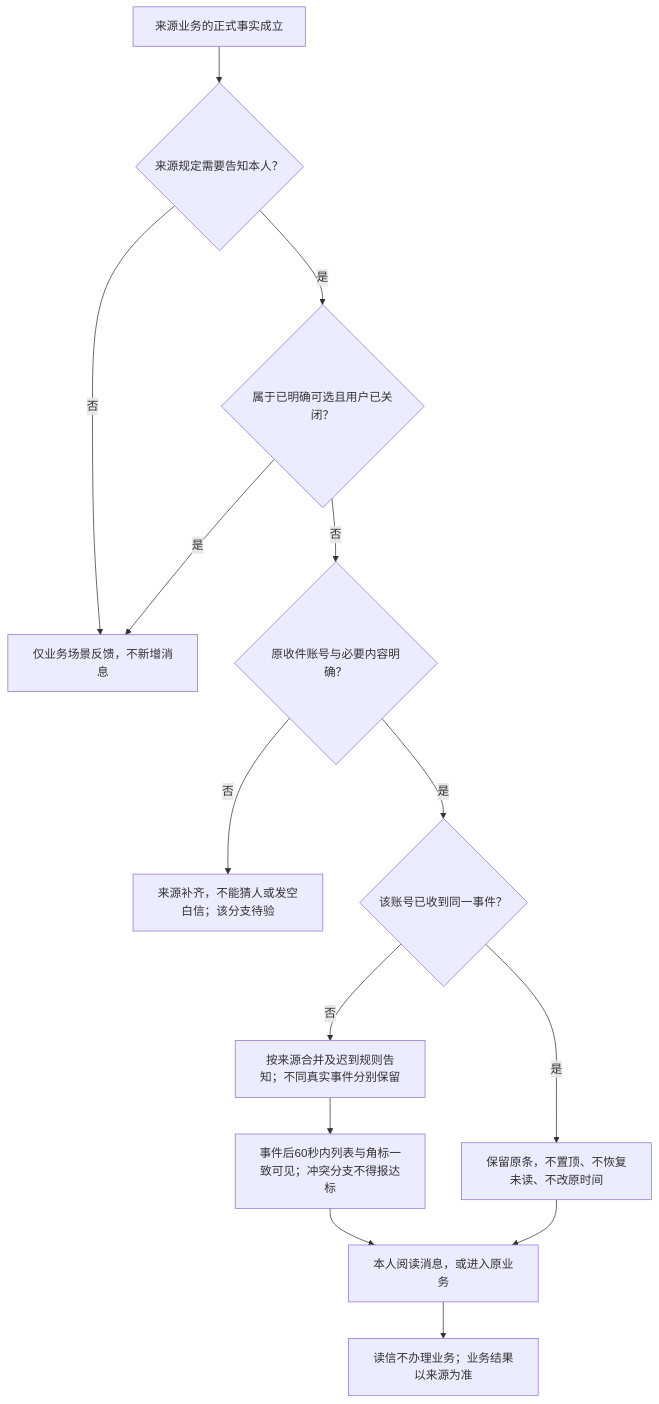
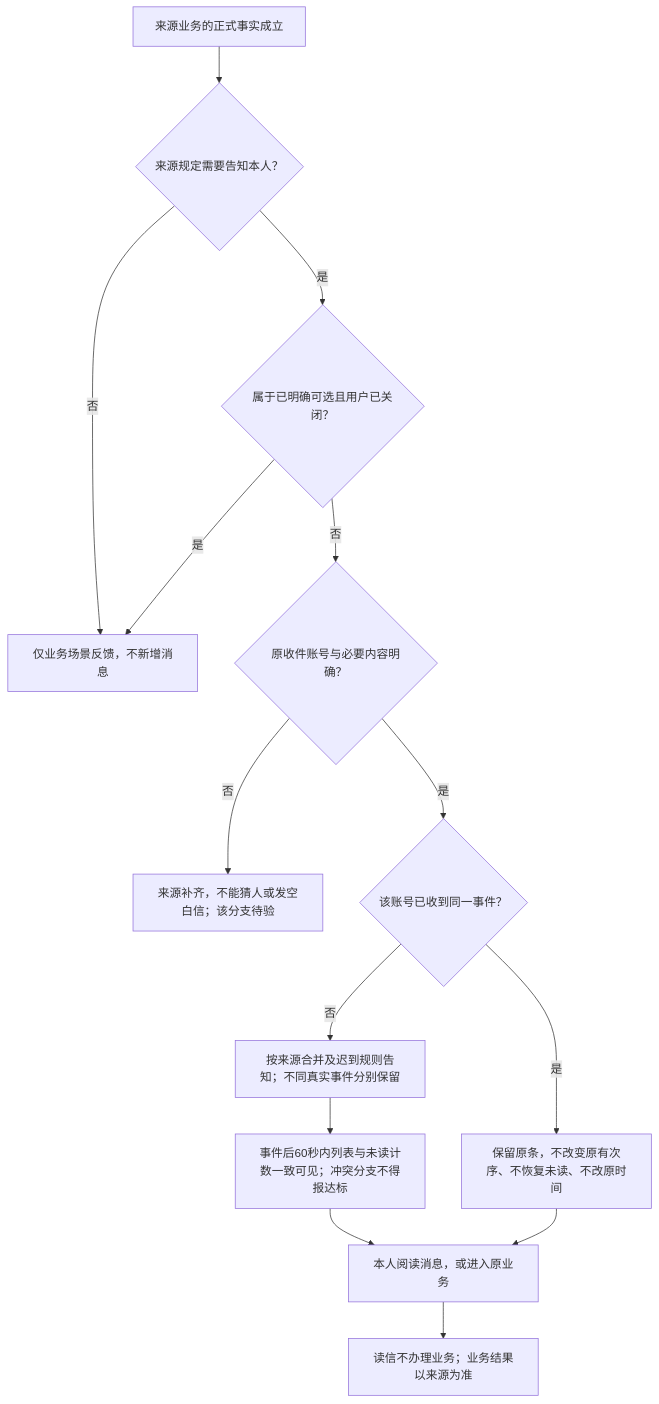
Before and after one commit to wxblockchain/Chain-Financing: the first of 9 diagrams in lending-platform/PRD/v1.0-面客消息中心/02-面客消息中心-流程图与状态机.md, drawn with Mermaid. The commit also changed other lines of this file and 4 other files, not shown here.

````diff
--- a/lending-platform/PRD/v1.0-面客消息中心/02-面客消息中心-流程图与状态机.md
+++ b/lending-platform/PRD/v1.0-面客消息中心/02-面客消息中心-流程图与状态机.md
@@ -24,16 +22,16 @@
 ```mermaid
 flowchart TD
     A["来源业务的正式事实成立"] --> B{"来源规定需要告知本人？"}
     B -->|否| C["仅业务场景反馈，不新增消息"]
     B -->|是| D{"属于已明确可选且用户已关闭？"}
     D -->|是| C
     D -->|否| E{"原收件账号与必要内容明确？"}
     E -->|否| F["来源补齐，不能猜人或发空白信；该分支待验"]
     E -->|是| G{"该账号已收到同一事件？"}
-    G -->|是| H["保留原条，不置顶、不恢复未读、不改原时间"]
+    G -->|是| H["保留原条，不改变原有次序、不恢复未读、不改原时间"]
     G -->|否| I["按来源合并及迟到规则告知；不同真实事件分别保留"]
-    I --> J["事件后60秒内列表与角标一致可见；冲突分支不得报达标"]
+    I --> J["事件后60秒内列表与未读计数一致可见；冲突分支不得报达标"]
     J --> K["本人阅读消息，或进入原业务"]
     H --> K
     K --> L["读信不办理业务；业务结果以来源为准"]
 ```
````
